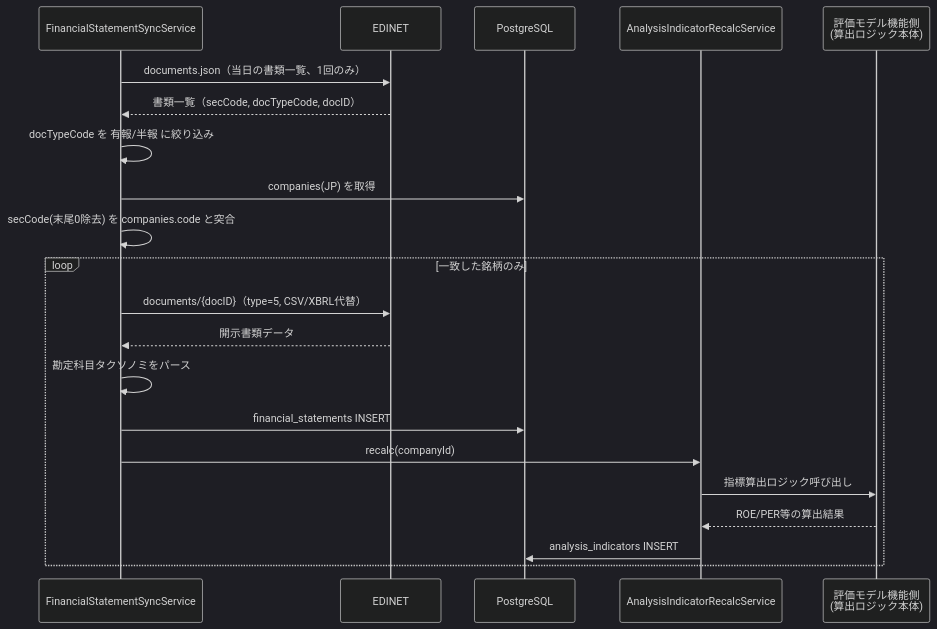
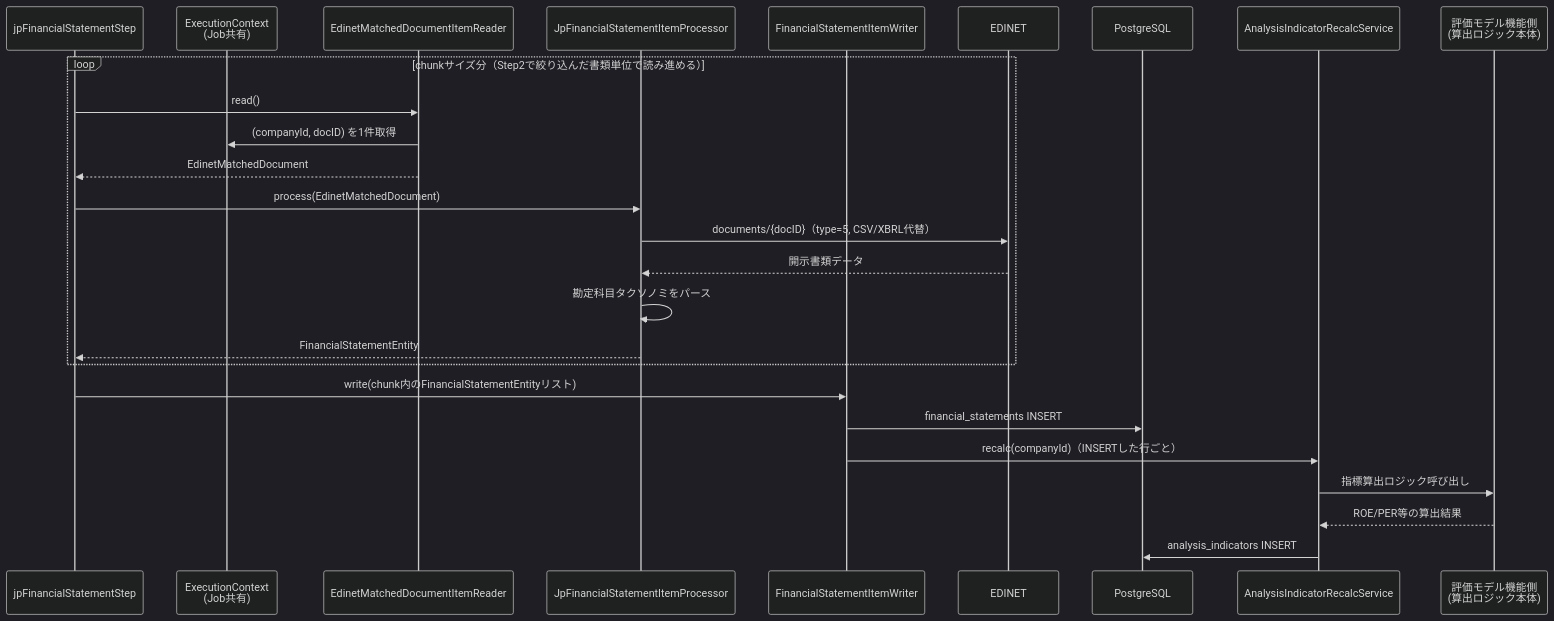
Before and after one commit to gitogitosnack/TheFairValueC2: the fifth of 5 diagrams in docs/batch-market-data-sync-design.md, drawn with Mermaid (dark theme). The commit also changed other lines of this file, not shown here.

````diff
--- a/docs/batch-market-data-sync-design.md
+++ b/docs/batch-market-data-sync-design.md
@@ -489,24 +550,29 @@
 ```mermaid
 sequenceDiagram
-    participant FSS as FinancialStatementSyncService
+    participant Step as jpFinancialStatementStep
+    participant Ctx as ExecutionContext<br/>(Job共有)
+    participant Reader as EdinetMatchedDocumentItemReader
+    participant Processor as JpFinancialStatementItemProcessor
+    participant Writer as FinancialStatementItemWriter
     participant EDINET as EDINET
     participant DB as PostgreSQL
     participant Recalc as AnalysisIndicatorRecalcService
     participant ValModel as 評価モデル機能側<br/>(算出ロジック本体)
 
-    FSS->>EDINET: documents.json（当日の書類一覧、1回のみ）
-    EDINET-->>FSS: 書類一覧（secCode, docTypeCode, docID）
-    FSS->>FSS: docTypeCode を 有報/半報 に絞り込み
-    FSS->>DB: companies(JP) を取得
-    FSS->>FSS: secCode(末尾0除去) を companies.code と突合
-    loop 一致した銘柄のみ
-        FSS->>EDINET: documents/{docID}（type=5, CSV/XBRL代替）
-        EDINET-->>FSS: 開示書類データ
-        FSS->>FSS: 勘定科目タクソノミをパース
-        FSS->>DB: financial_statements INSERT
-        FSS->>Recalc: recalc(companyId)
-        Recalc->>ValModel: 指標算出ロジック呼び出し
-        ValModel-->>Recalc: ROE/PER等の算出結果
-        Recalc->>DB: analysis_indicators INSERT
+    loop chunkサイズ分（Step2で絞り込んだ書類単位で読み進める）
+        Step->>Reader: read()
+        Reader->>Ctx: (companyId, docID) を1件取得
+        Reader-->>Step: EdinetMatchedDocument
+        Step->>Processor: process(EdinetMatchedDocument)
+        Processor->>EDINET: documents/{docID}（type=5, CSV/XBRL代替）
+        EDINET-->>Processor: 開示書類データ
+        Processor->>Processor: 勘定科目タクソノミをパース
+        Processor-->>Step: FinancialStatementEntity
     end
+    Step->>Writer: write(chunk内のFinancialStatementEntityリスト)
+    Writer->>DB: financial_statements INSERT
+    Writer->>Recalc: recalc(companyId)（INSERTした行ごと）
+    Recalc->>ValModel: 指標算出ロジック呼び出し
+    ValModel-->>Recalc: ROE/PER等の算出結果
+    Recalc->>DB: analysis_indicators INSERT
 ```
````
